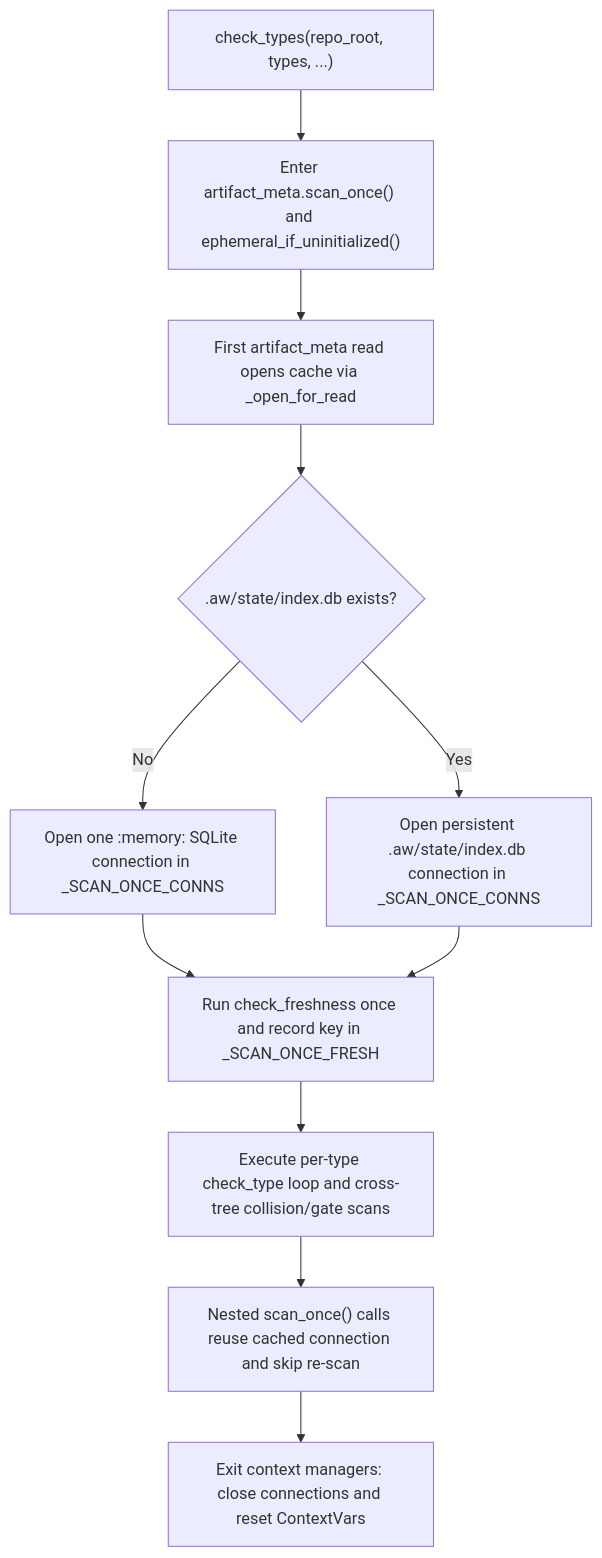
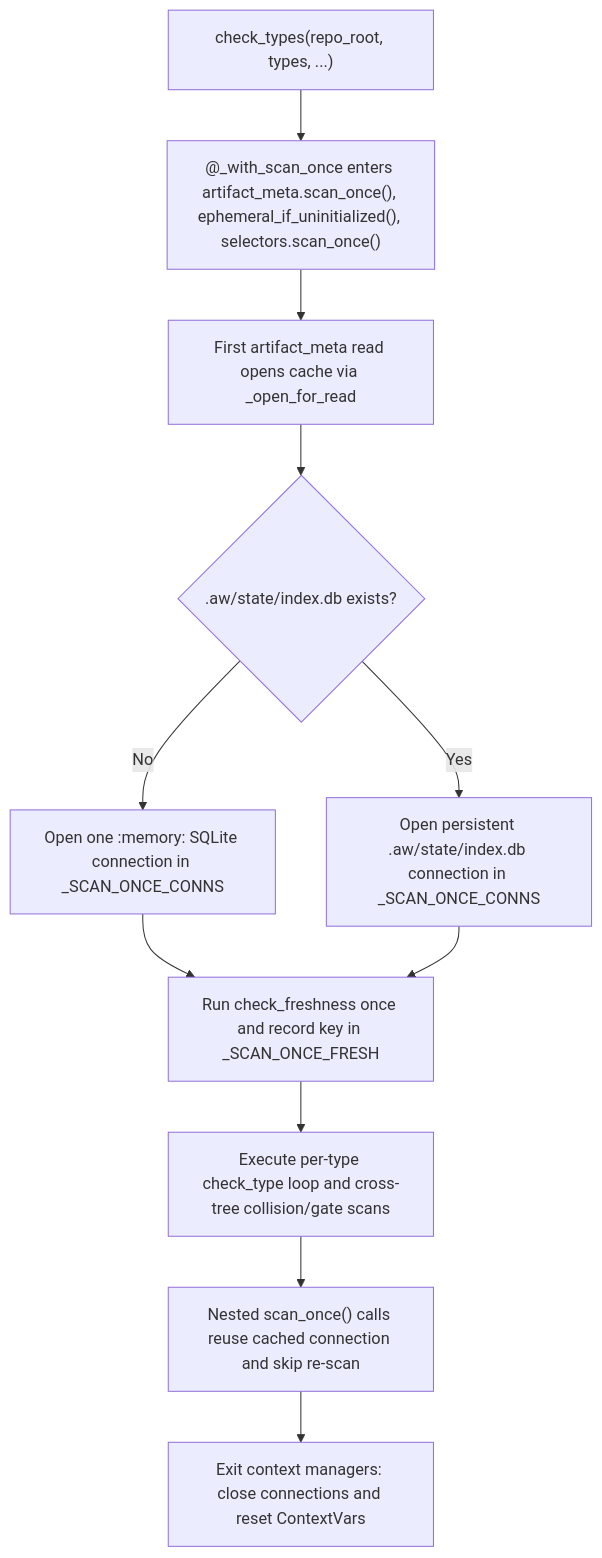
One commit to fariello/agent-workflows changed the diagram in .aw/records/plans/pending/20261119-2i04so-01-28k5h5-wrap-check-engine-check-types-in-artifact-meta-scan-once-and.ipd.md. Above: the diagram before and after it, drawn with Mermaid. The commit also changed other lines of this file and 1 other file, not shown here.

````diff
--- a/.aw/records/plans/pending/20261119-2i04so-01-28k5h5-wrap-check-engine-check-types-in-artifact-meta-scan-once-and.ipd.md
+++ b/.aw/records/plans/pending/20261119-2i04so-01-28k5h5-wrap-check-engine-check-types-in-artifact-meta-scan-once-and.ipd.md
@@ -73,13 +76,13 @@
 ```mermaid
 flowchart TD
-    A["check_types(repo_root, types, ...)"] --> B["Enter artifact_meta.scan_once() and ephemeral_if_uninitialized()"]
+    A["check_types(repo_root, types, ...)"] --> B["@_with_scan_once enters artifact_meta.scan_once(), ephemeral_if_uninitialized(), selectors.scan_once()"]
     B --> C["First artifact_meta read opens cache via _open_for_read"]
     C --> D{".aw/state/index.db exists?"}
     D -->|No| E["Open one :memory: SQLite connection in _SCAN_ONCE_CONNS"]
     D -->|Yes| F["Open persistent .aw/state/index.db connection in _SCAN_ONCE_CONNS"]
     E --> G["Run check_freshness once and record key in _SCAN_ONCE_FRESH"]
     F --> G
     G --> H["Execute per-type check_type loop and cross-tree collision/gate scans"]
     H --> I["Nested scan_once() calls reuse cached connection and skip re-scan"]
     I --> J["Exit context managers: close connections and reset ContextVars"]
 ```
````
